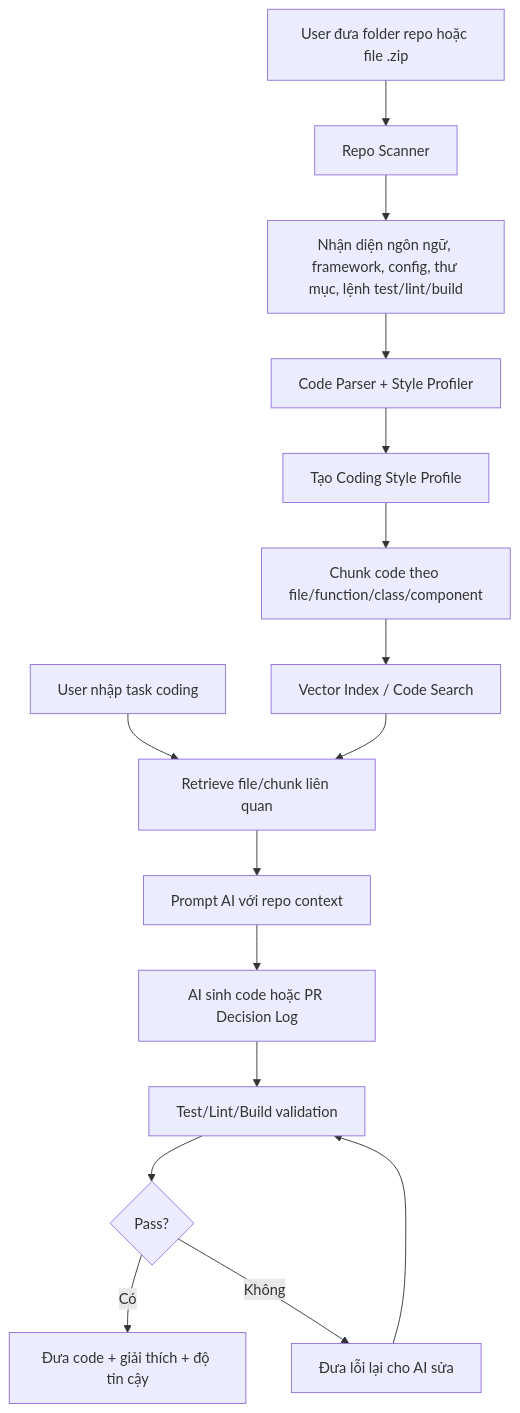
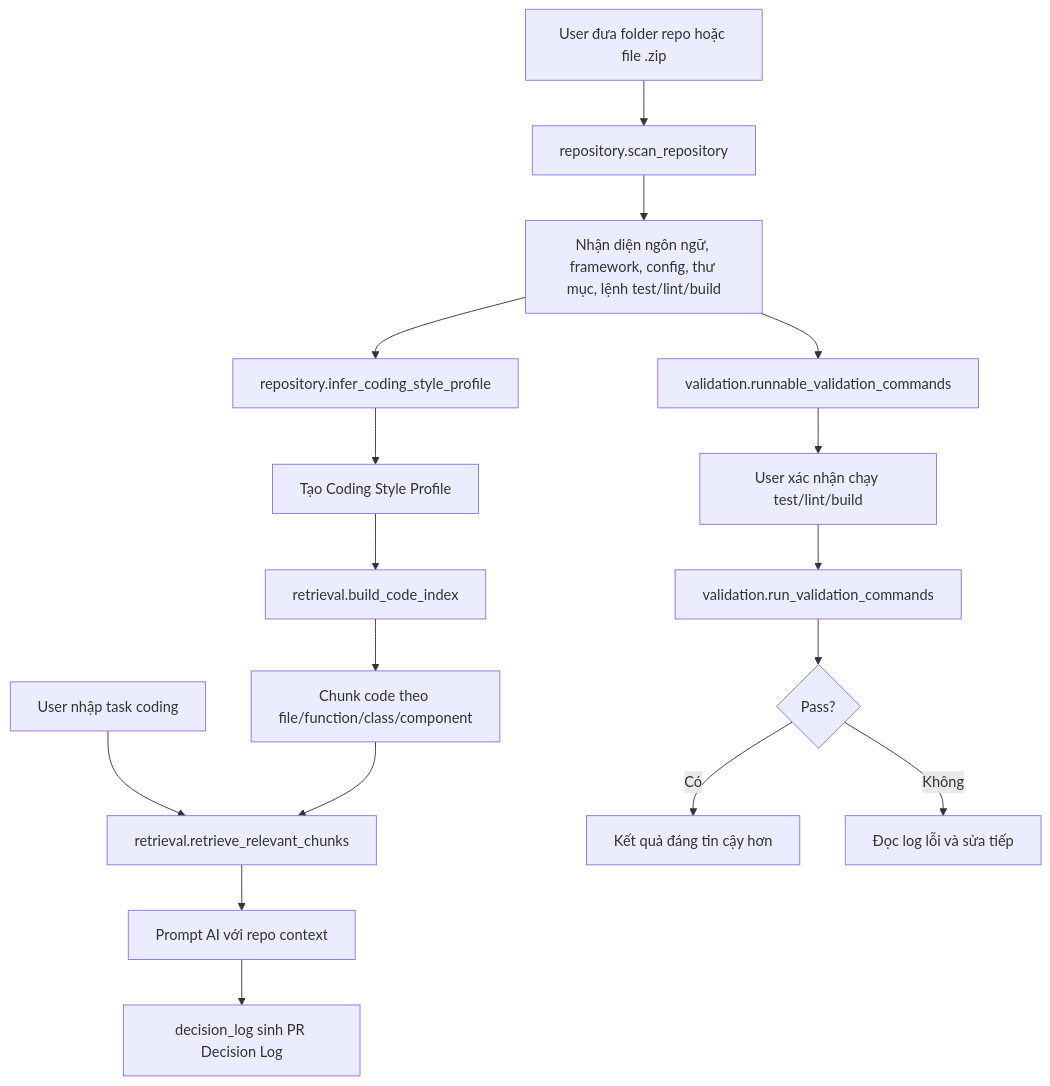
The fourth of 4 diagrams in README.md (lamvu-ha/Recomend_AI_for_CS), drawn with Mermaid before and after one commit. The commit also changed other lines of this file and 9 other files, not shown here.

Commit message:
Refactor repo-aware agent architecture

````diff
--- a/README.md
+++ b/README.md
@@ -111,18 +113,19 @@
 ```mermaid
 flowchart TD
-    A[User đưa folder repo hoặc file .zip] --> B[Repo Scanner]
+    A[User đưa folder repo hoặc file .zip] --> B[repository.scan_repository]
     B --> C[Nhận diện ngôn ngữ, framework, config, thư mục, lệnh test/lint/build]
-    C --> D[Code Parser + Style Profiler]
+    C --> D[repository.infer_coding_style_profile]
     D --> E[Tạo Coding Style Profile]
-    E --> F[Chunk code theo file/function/class/component]
-    F --> G[Vector Index / Code Search]
-    H[User nhập task coding] --> I[Retrieve file/chunk liên quan]
+    E --> F[retrieval.build_code_index]
+    F --> G[Chunk code theo file/function/class/component]
+    H[User nhập task coding] --> I[retrieval.retrieve_relevant_chunks]
     G --> I
     I --> J[Prompt AI với repo context]
-    J --> K[AI sinh code hoặc PR Decision Log]
-    K --> L[Test/Lint/Build validation]
-    L --> M{Pass?}
-    M -- Có --> N[Đưa code + giải thích + độ tin cậy]
-    M -- Không --> O[Đưa lỗi lại cho AI sửa]
-    O --> L
+    J --> K[decision_log sinh PR Decision Log]
+    C --> L[validation.runnable_validation_commands]
+    L --> M[User xác nhận chạy test/lint/build]
+    M --> N[validation.run_validation_commands]
+    N --> O{Pass?}
+    O -- Có --> P[Kết quả đáng tin cậy hơn]
+    O -- Không --> Q[Đọc log lỗi và sửa tiếp]
 ```
````
